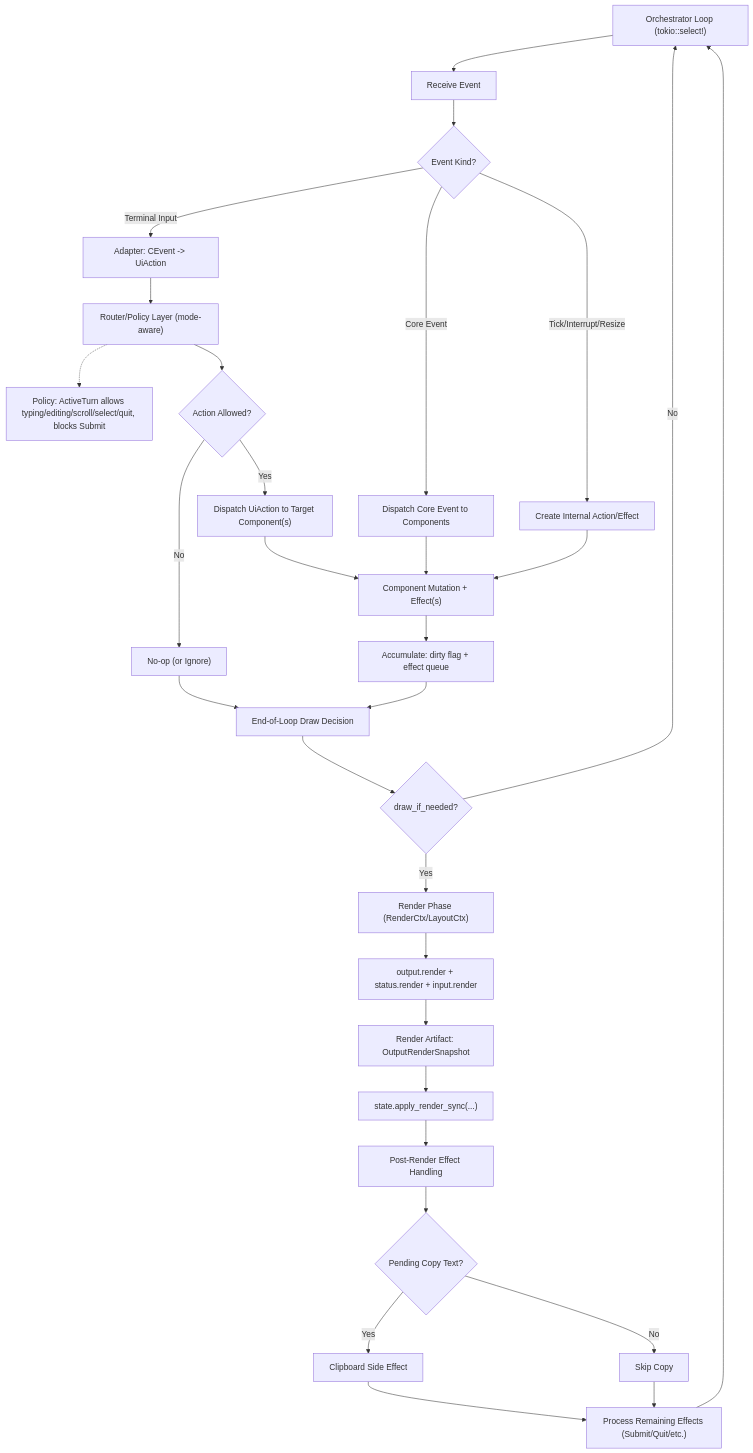
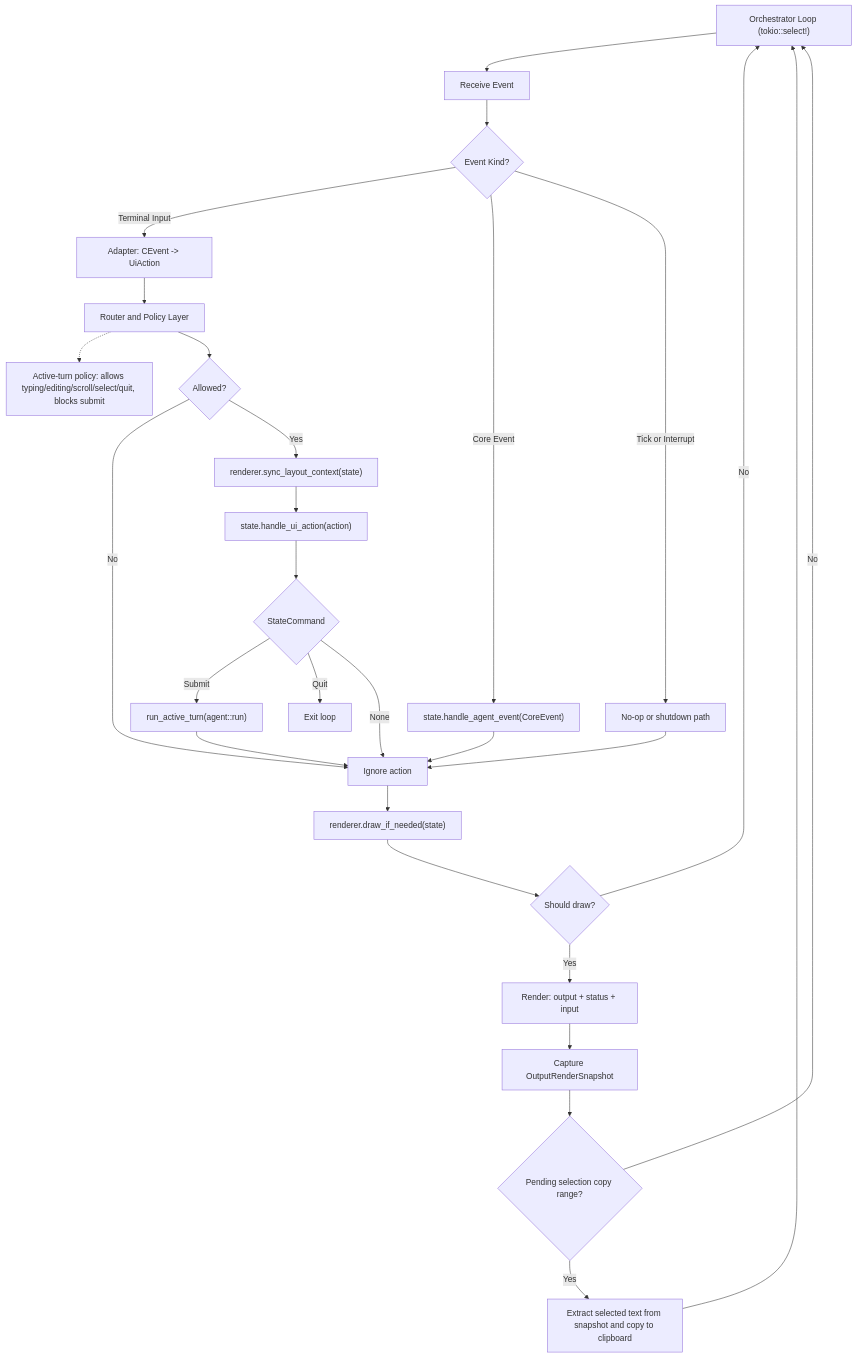
Before and after one commit to muneebshahid/ox: the diagram in TUI_EVENT_FLOW.md, drawn with Mermaid.

Commit message:
docs(tui): align event flow diagram with new runtime flow

````diff
--- a/TUI_EVENT_FLOW.md
+++ b/TUI_EVENT_FLOW.md
@@ -3,40 +3,34 @@
 ```mermaid
 flowchart TD
     A["Orchestrator Loop (tokio::select!)"] --> B["Receive Event"]
     B --> C{"Event Kind?"}
 
     C -->|Terminal Input| D["Adapter: CEvent -> UiAction"]
-    C -->|Core Event| E["Dispatch Core Event to Components"]
-    C -->|Tick/Interrupt/Resize| F["Create Internal Action/Effect"]
+    C -->|Core Event| E["state.handle_agent_event(CoreEvent)"]
+    C -->|Tick or Interrupt| F["No-op or shutdown path"]
 
-    D --> G["Router/Policy Layer (mode-aware)"]
-    G -.-> G1["Policy: ActiveTurn allows typing/editing/scroll/select/quit, blocks Submit"]
-    G --> H{"Action Allowed?"}
-    H -->|No| I["No-op (or Ignore)"]
-    H -->|Yes| J["Dispatch UiAction to Target Component(s)"]
+    D --> G["Router and Policy Layer"]
+    G -.-> G1["Active-turn policy: allows typing/editing/scroll/select/quit, blocks submit"]
+    G --> H{"Allowed?"}
+    H -->|No| M["Ignore action"]
+    H -->|Yes| I["renderer.sync_layout_context(state)"]
+    I --> J["state.handle_ui_action(action)"]
+    J --> K{"StateCommand"}
+    K -->|Submit| L["run_active_turn(agent::run)"]
+    K -->|Quit| Z["Exit loop"]
+    K -->|None| M
 
-    E --> K["Component Mutation + Effect(s)"]
-    F --> K
-    J --> K
-    I --> M["End-of-Loop Draw Decision"]
-
-    K --> L["Accumulate: dirty flag + effect queue"]
+    E --> M
+    F --> M
     L --> M
 
-    M --> N{"draw_if_needed?"}
-    N -->|No| A
-    N -->|Yes| O["Render Phase (RenderCtx/LayoutCtx)"]
-
-    O --> P["output.render + status.render + input.render"]
-    P --> Q["Render Artifact: OutputRenderSnapshot"]
-    Q --> R["state.apply_render_sync(...)"]
-
-    R --> S["Post-Render Effect Handling"]
-    S --> T{"Pending Copy Text?"}
-    T -->|Yes| U["Clipboard Side Effect"]
-    T -->|No| V["Skip Copy"]
-
-    U --> W["Process Remaining Effects (Submit/Quit/etc.)"]
-    V --> W
-    W --> A
+    M --> N["renderer.draw_if_needed(state)"]
+    N --> O{"Should draw?"}
+    O -->|No| A
+    O -->|Yes| P["Render: output + status + input"]
+    P --> Q["Capture OutputRenderSnapshot"]
+    Q --> R{"Pending selection copy range?"}
+    R -->|Yes| S["Extract selected text from snapshot and copy to clipboard"]
+    R -->|No| A
+    S --> A
 ```
````
